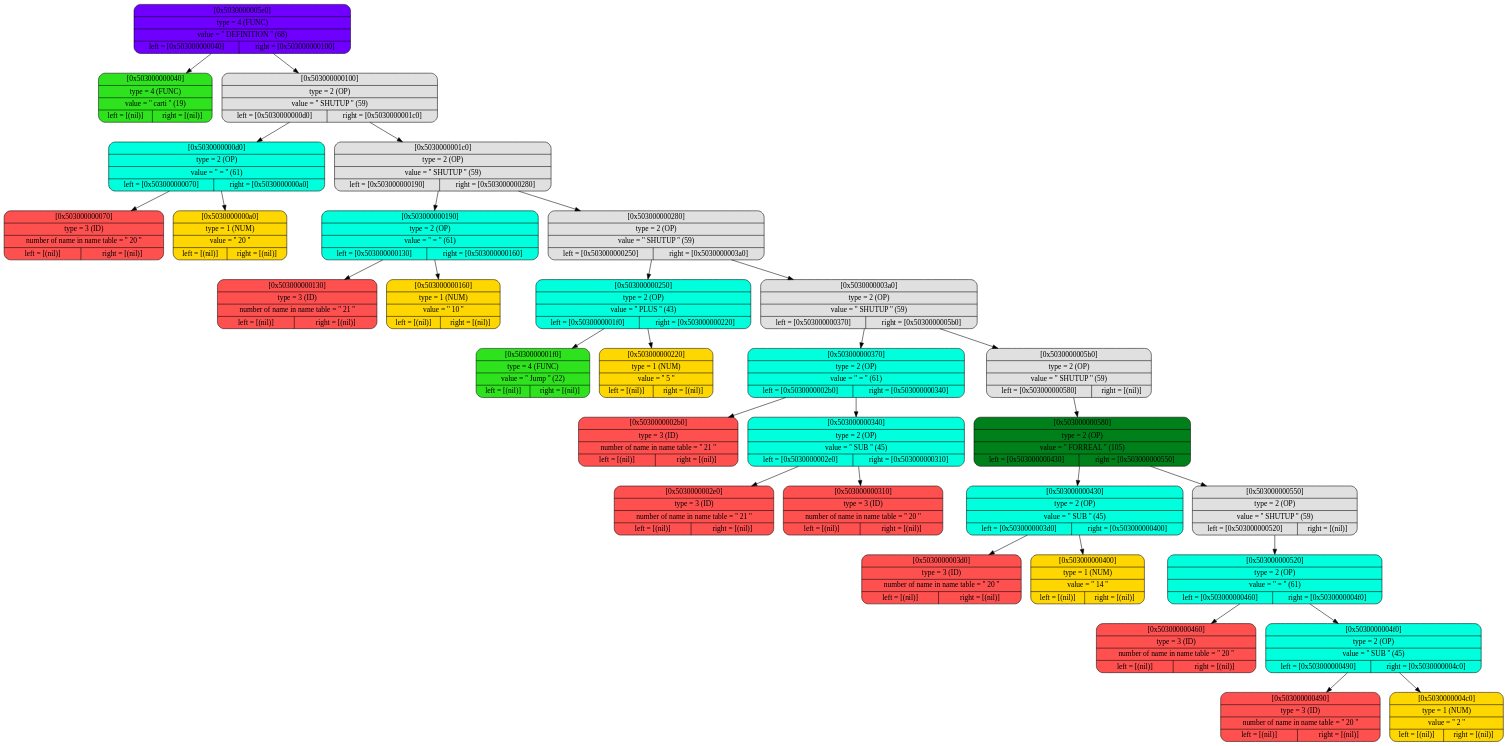
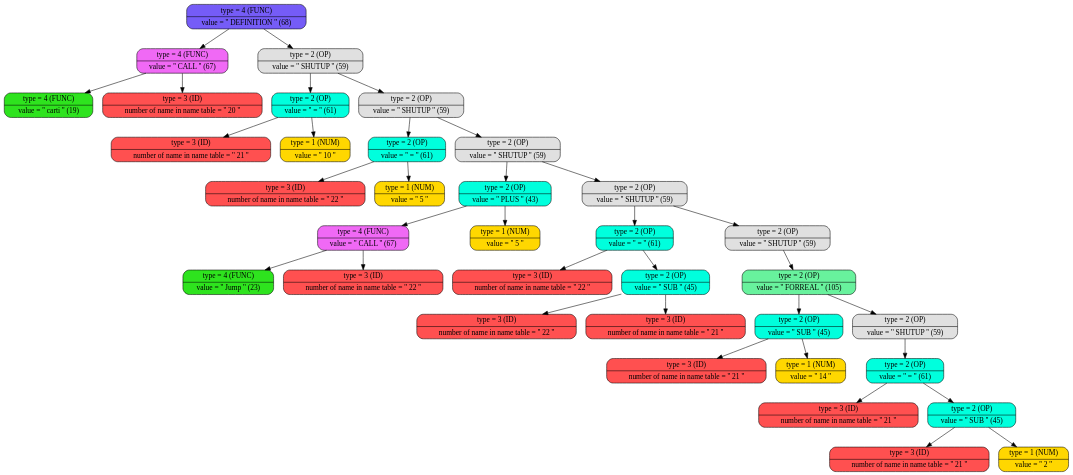
Before and after one commit to daniilgriga/MyProgrammingLanguage: the diagram in build/graph_tree.dot, drawn with Graphviz. The commit also changed 19 other files, not shown here.

```diff
--- a/build/graph_tree.dot
+++ b/build/graph_tree.dot
@@ -1,66 +1,74 @@
 digraph
 {
 bgcolor="transparent"
-node0x5030000005e0 [shape=Mrecord; label = " { [0x5030000005e0] | type = 4 (FUNC)   | value = '' DEFINITION ''  (68) | { left = [0x503000000040] | right = [0x503000000100] } }"; style = filled; fillcolor = "#6F00FF"];
-node0x5030000005e0 -> node0x503000000040;
-node0x5030000005e0 -> node0x503000000100;
-node0x503000000040 [shape=Mrecord; label = " { [0x503000000040] | type = 4 (FUNC)   | value = '' carti ''  (19) | { left = [(nil)] | right = [(nil)] } }"; style = filled; fillcolor = "#2EE31E"];
-node0x503000000100 [shape=Mrecord; label = " { [0x503000000100] | type = 2 (OP)   | value = '' SHUTUP ''  (59) | { left = [0x5030000000d0] | right = [0x5030000001c0] } }"; style = filled; fillcolor = "#E0E0E0"];
-node0x503000000100 -> node0x5030000000d0;
-node0x503000000100 -> node0x5030000001c0;
-node0x5030000000d0 [shape=Mrecord; label = " { [0x5030000000d0] | type = 2 (OP)   | value = '' = ''  (61) | { left = [0x503000000070] | right = [0x5030000000a0] } }"; style = filled; fillcolor = "#00FFDD"];
-node0x5030000000d0 -> node0x503000000070;
-node0x5030000000d0 -> node0x5030000000a0;
-node0x503000000070 [shape=Mrecord; label = " { [0x503000000070] | type = 3 (ID)   | number of name in name table = '' 20 '' | { left = [(nil)] | right = [(nil)] } }"; style = filled; fillcolor = "#FF5050"];
-node0x5030000000a0 [shape=Mrecord; label = " { [0x5030000000a0] | type = 1 (NUM)  | value = '' 20 ''  | { left = [(nil)] | right = [(nil)] } }"; style = filled; fillcolor = "#FFD700"];
-node0x5030000001c0 [shape=Mrecord; label = " { [0x5030000001c0] | type = 2 (OP)   | value = '' SHUTUP ''  (59) | { left = [0x503000000190] | right = [0x503000000280] } }"; style = filled; fillcolor = "#E0E0E0"];
-node0x5030000001c0 -> node0x503000000190;
-node0x5030000001c0 -> node0x503000000280;
-node0x503000000190 [shape=Mrecord; label = " { [0x503000000190] | type = 2 (OP)   | value = '' = ''  (61) | { left = [0x503000000130] | right = [0x503000000160] } }"; style = filled; fillcolor = "#00FFDD"];
-node0x503000000190 -> node0x503000000130;
-node0x503000000190 -> node0x503000000160;
-node0x503000000130 [shape=Mrecord; label = " { [0x503000000130] | type = 3 (ID)   | number of name in name table = '' 21 '' | { left = [(nil)] | right = [(nil)] } }"; style = filled; fillcolor = "#FF5050"];
-node0x503000000160 [shape=Mrecord; label = " { [0x503000000160] | type = 1 (NUM)  | value = '' 10 ''  | { left = [(nil)] | right = [(nil)] } }"; style = filled; fillcolor = "#FFD700"];
-node0x503000000280 [shape=Mrecord; label = " { [0x503000000280] | type = 2 (OP)   | value = '' SHUTUP ''  (59) | { left = [0x503000000250] | right = [0x5030000003a0] } }"; style = filled; fillcolor = "#E0E0E0"];
-node0x503000000280 -> node0x503000000250;
-node0x503000000280 -> node0x5030000003a0;
-node0x503000000250 [shape=Mrecord; label = " { [0x503000000250] | type = 2 (OP)   | value = '' PLUS ''  (43) | { left = [0x5030000001f0] | right = [0x503000000220] } }"; style = filled; fillcolor = "#00FFDD"];
-node0x503000000250 -> node0x5030000001f0;
-node0x503000000250 -> node0x503000000220;
-node0x5030000001f0 [shape=Mrecord; label = " { [0x5030000001f0] | type = 4 (FUNC)   | value = '' Jump ''  (22) | { left = [(nil)] | right = [(nil)] } }"; style = filled; fillcolor = "#2EE31E"];
-node0x503000000220 [shape=Mrecord; label = " { [0x503000000220] | type = 1 (NUM)  | value = '' 5 ''  | { left = [(nil)] | right = [(nil)] } }"; style = filled; fillcolor = "#FFD700"];
-node0x5030000003a0 [shape=Mrecord; label = " { [0x5030000003a0] | type = 2 (OP)   | value = '' SHUTUP ''  (59) | { left = [0x503000000370] | right = [0x5030000005b0] } }"; style = filled; fillcolor = "#E0E0E0"];
-node0x5030000003a0 -> node0x503000000370;
-node0x5030000003a0 -> node0x5030000005b0;
-node0x503000000370 [shape=Mrecord; label = " { [0x503000000370] | type = 2 (OP)   | value = '' = ''  (61) | { left = [0x5030000002b0] | right = [0x503000000340] } }"; style = filled; fillcolor = "#00FFDD"];
-node0x503000000370 -> node0x5030000002b0;
-node0x503000000370 -> node0x503000000340;
-node0x5030000002b0 [shape=Mrecord; label = " { [0x5030000002b0] | type = 3 (ID)   | number of name in name table = '' 21 '' | { left = [(nil)] | right = [(nil)] } }"; style = filled; fillcolor = "#FF5050"];
-node0x503000000340 [shape=Mrecord; label = " { [0x503000000340] | type = 2 (OP)   | value = '' SUB ''  (45) | { left = [0x5030000002e0] | right = [0x503000000310] } }"; style = filled; fillcolor = "#00FFDD"];
-node0x503000000340 -> node0x5030000002e0;
+node0x5030000006a0 [shape=Mrecord; label = " { type = 4 (FUNC) | value = '' DEFINITION ''  (68) }"; style = filled; fillcolor = "#755CF7"];
+node0x5030000006a0 -> node0x5030000000a0;
+node0x5030000006a0 -> node0x503000000160;
+node0x5030000000a0 [shape=Mrecord; label = " { type = 4 (FUNC) | value = '' CALL ''  (67) }"; style = filled; fillcolor = "#F069F5"];
+node0x5030000000a0 -> node0x503000000040;
+node0x5030000000a0 -> node0x503000000070;
+node0x503000000040 [shape=Mrecord; label = " { type = 4 (FUNC) | value = '' carti ''  (19) }"; style = filled; fillcolor = "#2EE31E"];
+node0x503000000070 [shape=Mrecord; label = " { type = 3 (ID)   | number of name in name table = '' 20 '' }"; style = filled; fillcolor = "#FF5050"];
+node0x503000000160 [shape=Mrecord; label = " { type = 2 (OP)   | value = '' SHUTUP ''  (59) }"; style = filled; fillcolor = "#E0E0E0"];
+node0x503000000160 -> node0x503000000130;
+node0x503000000160 -> node0x503000000220;
+node0x503000000130 [shape=Mrecord; label = " { type = 2 (OP)   | value = '' = ''  (61) }"; style = filled; fillcolor = "#00FFDD"];
+node0x503000000130 -> node0x5030000000d0;
+node0x503000000130 -> node0x503000000100;
+node0x5030000000d0 [shape=Mrecord; label = " { type = 3 (ID)   | number of name in name table = '' 21 '' }"; style = filled; fillcolor = "#FF5050"];
+node0x503000000100 [shape=Mrecord; label = " { type = 1 (NUM)  | value = '' 10 '' }"; style = filled; fillcolor = "#FFD700"];
+node0x503000000220 [shape=Mrecord; label = " { type = 2 (OP)   | value = '' SHUTUP ''  (59) }"; style = filled; fillcolor = "#E0E0E0"];
+node0x503000000220 -> node0x5030000001f0;
+node0x503000000220 -> node0x503000000340;
+node0x5030000001f0 [shape=Mrecord; label = " { type = 2 (OP)   | value = '' = ''  (61) }"; style = filled; fillcolor = "#00FFDD"];
+node0x5030000001f0 -> node0x503000000190;
+node0x5030000001f0 -> node0x5030000001c0;
+node0x503000000190 [shape=Mrecord; label = " { type = 3 (ID)   | number of name in name table = '' 22 '' }"; style = filled; fillcolor = "#FF5050"];
+node0x5030000001c0 [shape=Mrecord; label = " { type = 1 (NUM)  | value = '' 5 '' }"; style = filled; fillcolor = "#FFD700"];
+node0x503000000340 [shape=Mrecord; label = " { type = 2 (OP)   | value = '' SHUTUP ''  (59) }"; style = filled; fillcolor = "#E0E0E0"];
 node0x503000000340 -> node0x503000000310;
-node0x5030000002e0 [shape=Mrecord; label = " { [0x5030000002e0] | type = 3 (ID)   | number of name in name table = '' 21 '' | { left = [(nil)] | right = [(nil)] } }"; style = filled; fillcolor = "#FF5050"];
-node0x503000000310 [shape=Mrecord; label = " { [0x503000000310] | type = 3 (ID)   | number of name in name table = '' 20 '' | { left = [(nil)] | right = [(nil)] } }"; style = filled; fillcolor = "#FF5050"];
-node0x5030000005b0 [shape=Mrecord; label = " { [0x5030000005b0] | type = 2 (OP)   | value = '' SHUTUP ''  (59) | { left = [0x503000000580] | right = [(nil)] } }"; style = filled; fillcolor = "#E0E0E0"];
-node0x5030000005b0 -> node0x503000000580;
-node0x503000000580 [shape=Mrecord; label = " { [0x503000000580] | type = 2 (OP)   | value = '' FORREAL ''  (105) | { left = [0x503000000430] | right = [0x503000000550] } }"; style = filled; fillcolor = "#00801A"];
-node0x503000000580 -> node0x503000000430;
-node0x503000000580 -> node0x503000000550;
-node0x503000000430 [shape=Mrecord; label = " { [0x503000000430] | type = 2 (OP)   | value = '' SUB ''  (45) | { left = [0x5030000003d0] | right = [0x503000000400] } }"; style = filled; fillcolor = "#00FFDD"];
-node0x503000000430 -> node0x5030000003d0;
+node0x503000000340 -> node0x503000000460;
+node0x503000000310 [shape=Mrecord; label = " { type = 2 (OP)   | value = '' PLUS ''  (43) }"; style = filled; fillcolor = "#00FFDD"];
+node0x503000000310 -> node0x5030000002b0;
+node0x503000000310 -> node0x5030000002e0;
+node0x5030000002b0 [shape=Mrecord; label = " { type = 4 (FUNC) | value = '' CALL ''  (67) }"; style = filled; fillcolor = "#F069F5"];
+node0x5030000002b0 -> node0x503000000250;
+node0x5030000002b0 -> node0x503000000280;
+node0x503000000250 [shape=Mrecord; label = " { type = 4 (FUNC) | value = '' Jump ''  (23) }"; style = filled; fillcolor = "#2EE31E"];
+node0x503000000280 [shape=Mrecord; label = " { type = 3 (ID)   | number of name in name table = '' 22 '' }"; style = filled; fillcolor = "#FF5050"];
+node0x5030000002e0 [shape=Mrecord; label = " { type = 1 (NUM)  | value = '' 5 '' }"; style = filled; fillcolor = "#FFD700"];
+node0x503000000460 [shape=Mrecord; label = " { type = 2 (OP)   | value = '' SHUTUP ''  (59) }"; style = filled; fillcolor = "#E0E0E0"];
+node0x503000000460 -> node0x503000000430;
+node0x503000000460 -> node0x503000000670;
+node0x503000000430 [shape=Mrecord; label = " { type = 2 (OP)   | value = '' = ''  (61) }"; style = filled; fillcolor = "#00FFDD"];
+node0x503000000430 -> node0x503000000370;
 node0x503000000430 -> node0x503000000400;
-node0x5030000003d0 [shape=Mrecord; label = " { [0x5030000003d0] | type = 3 (ID)   | number of name in name table = '' 20 '' | { left = [(nil)] | right = [(nil)] } }"; style = filled; fillcolor = "#FF5050"];
-node0x503000000400 [shape=Mrecord; label = " { [0x503000000400] | type = 1 (NUM)  | value = '' 14 ''  | { left = [(nil)] | right = [(nil)] } }"; style = filled; fillcolor = "#FFD700"];
-node0x503000000550 [shape=Mrecord; label = " { [0x503000000550] | type = 2 (OP)   | value = '' SHUTUP ''  (59) | { left = [0x503000000520] | right = [(nil)] } }"; style = filled; fillcolor = "#E0E0E0"];
-node0x503000000550 -> node0x503000000520;
-node0x503000000520 [shape=Mrecord; label = " { [0x503000000520] | type = 2 (OP)   | value = '' = ''  (61) | { left = [0x503000000460] | right = [0x5030000004f0] } }"; style = filled; fillcolor = "#00FFDD"];
-node0x503000000520 -> node0x503000000460;
-node0x503000000520 -> node0x5030000004f0;
-node0x503000000460 [shape=Mrecord; label = " { [0x503000000460] | type = 3 (ID)   | number of name in name table = '' 20 '' | { left = [(nil)] | right = [(nil)] } }"; style = filled; fillcolor = "#FF5050"];
-node0x5030000004f0 [shape=Mrecord; label = " { [0x5030000004f0] | type = 2 (OP)   | value = '' SUB ''  (45) | { left = [0x503000000490] | right = [0x5030000004c0] } }"; style = filled; fillcolor = "#00FFDD"];
+node0x503000000370 [shape=Mrecord; label = " { type = 3 (ID)   | number of name in name table = '' 22 '' }"; style = filled; fillcolor = "#FF5050"];
+node0x503000000400 [shape=Mrecord; label = " { type = 2 (OP)   | value = '' SUB ''  (45) }"; style = filled; fillcolor = "#00FFDD"];
+node0x503000000400 -> node0x5030000003a0;
+node0x503000000400 -> node0x5030000003d0;
+node0x5030000003a0 [shape=Mrecord; label = " { type = 3 (ID)   | number of name in name table = '' 22 '' }"; style = filled; fillcolor = "#FF5050"];
+node0x5030000003d0 [shape=Mrecord; label = " { type = 3 (ID)   | number of name in name table = '' 21 '' }"; style = filled; fillcolor = "#FF5050"];
+node0x503000000670 [shape=Mrecord; label = " { type = 2 (OP)   | value = '' SHUTUP ''  (59) }"; style = filled; fillcolor = "#E0E0E0"];
+node0x503000000670 -> node0x503000000640;
+node0x503000000640 [shape=Mrecord; label = " { type = 2 (OP)   | value = '' FORREAL ''  (105) }"; style = filled; fillcolor = "#68F29D"];
+node0x503000000640 -> node0x5030000004f0;
+node0x503000000640 -> node0x503000000610;
+node0x5030000004f0 [shape=Mrecord; label = " { type = 2 (OP)   | value = '' SUB ''  (45) }"; style = filled; fillcolor = "#00FFDD"];
 node0x5030000004f0 -> node0x503000000490;
 node0x5030000004f0 -> node0x5030000004c0;
-node0x503000000490 [shape=Mrecord; label = " { [0x503000000490] | type = 3 (ID)   | number of name in name table = '' 20 '' | { left = [(nil)] | right = [(nil)] } }"; style = filled; fillcolor = "#FF5050"];
-node0x5030000004c0 [shape=Mrecord; label = " { [0x5030000004c0] | type = 1 (NUM)  | value = '' 2 ''  | { left = [(nil)] | right = [(nil)] } }"; style = filled; fillcolor = "#FFD700"];
+node0x503000000490 [shape=Mrecord; label = " { type = 3 (ID)   | number of name in name table = '' 21 '' }"; style = filled; fillcolor = "#FF5050"];
+node0x5030000004c0 [shape=Mrecord; label = " { type = 1 (NUM)  | value = '' 14 '' }"; style = filled; fillcolor = "#FFD700"];
+node0x503000000610 [shape=Mrecord; label = " { type = 2 (OP)   | value = '' SHUTUP ''  (59) }"; style = filled; fillcolor = "#E0E0E0"];
+node0x503000000610 -> node0x5030000005e0;
+node0x5030000005e0 [shape=Mrecord; label = " { type = 2 (OP)   | value = '' = ''  (61) }"; style = filled; fillcolor = "#00FFDD"];
+node0x5030000005e0 -> node0x503000000520;
+node0x5030000005e0 -> node0x5030000005b0;
+node0x503000000520 [shape=Mrecord; label = " { type = 3 (ID)   | number of name in name table = '' 21 '' }"; style = filled; fillcolor = "#FF5050"];
+node0x5030000005b0 [shape=Mrecord; label = " { type = 2 (OP)   | value = '' SUB ''  (45) }"; style = filled; fillcolor = "#00FFDD"];
+node0x5030000005b0 -> node0x503000000550;
+node0x5030000005b0 -> node0x503000000580;
+node0x503000000550 [shape=Mrecord; label = " { type = 3 (ID)   | number of name in name table = '' 21 '' }"; style = filled; fillcolor = "#FF5050"];
+node0x503000000580 [shape=Mrecord; label = " { type = 1 (NUM)  | value = '' 2 '' }"; style = filled; fillcolor = "#FFD700"];
 
 }
```
